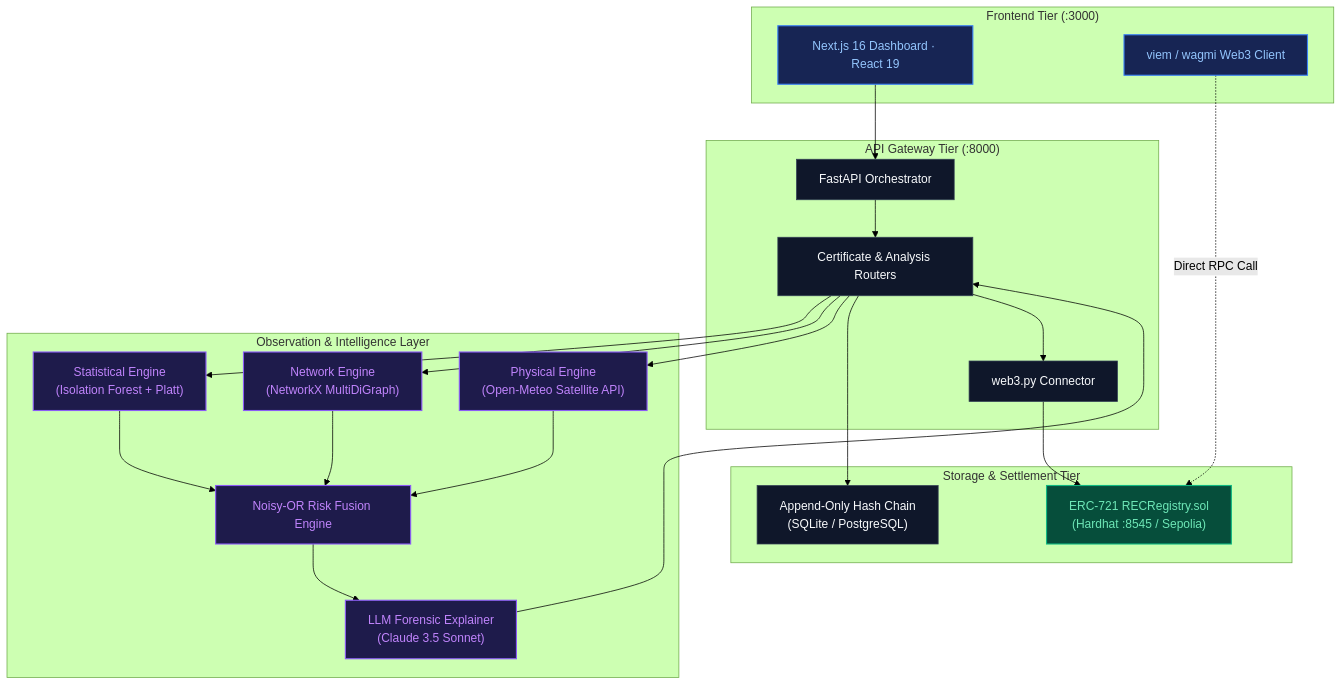
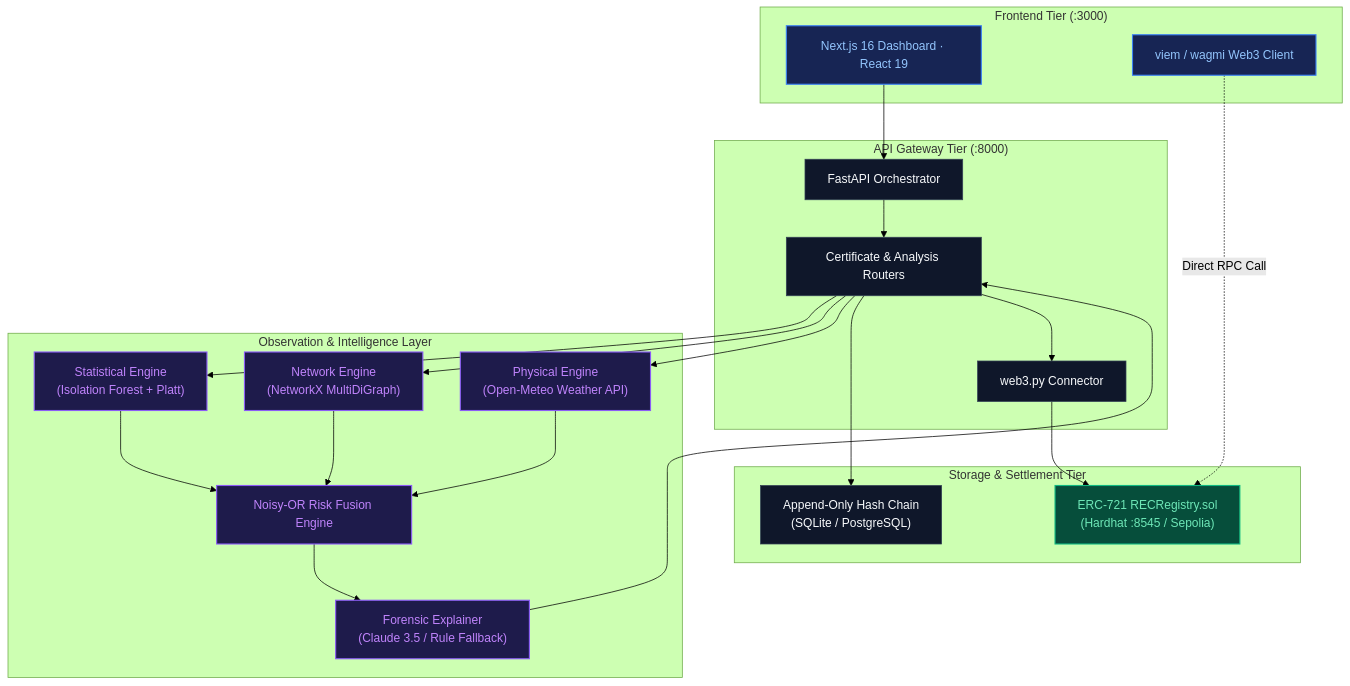
Before and after one commit to prathamkariya/RECON-REC-Observation-Network: the second of 2 diagrams in README.md, drawn with Mermaid (forest theme). The commit also changed other lines of this file and 14 other files, not shown here.

Commit message:
docs: add system architecture, workflow, and intelligence SVG assets alongside license and README updates

````diff
--- a/README.md
+++ b/README.md
@@ -265,46 +286,46 @@
 ```mermaid
 graph TB
     subgraph Client ["Frontend Tier (:3000)"]
         UI["Next.js 16 Dashboard · React 19"]
         Wagmi["viem / wagmi Web3 Client"]
     end
 
     subgraph Gateway ["API Gateway Tier (:8000)"]
         API["FastAPI Orchestrator"]
         Router["Certificate & Analysis Routers"]
         Web3Client["web3.py Connector"]
     end
 
     subgraph Intelligence ["Observation & Intelligence Layer"]
         ML["Statistical Engine<br/>(Isolation Forest + Platt)"]
         Graph["Network Engine<br/>(NetworkX MultiDiGraph)"]
-        Weather["Physical Engine<br/>(Open-Meteo Satellite API)"]
+        Weather["Physical Engine<br/>(Open-Meteo Weather API)"]
         Fusion["Noisy-OR Risk Fusion Engine"]
-        Explain["LLM Forensic Explainer<br/>(Claude 3.5 Sonnet)"]
+        Explain["Forensic Explainer<br/>(Claude 3.5 / Rule Fallback)"]
     end
 
     subgraph Persistence ["Storage & Settlement Tier"]
         Ledger["Append-Only Hash Chain<br/>(SQLite / PostgreSQL)"]
         EVM["ERC-721 RECRegistry.sol<br/>(Hardhat :8545 / Sepolia)"]
     end
 
     UI --> API
     Wagmi -.->|"Direct RPC Call"| EVM
     API --> Router
     Router --> ML & Graph & Weather
     ML & Graph & Weather --> Fusion
     Fusion --> Explain
     Explain --> Router
     Router --> Ledger
     Router --> Web3Client
     Web3Client --> EVM
 
     classDef default fill:#0f172a,stroke:#334155,stroke-width:1px,color:#f8fafc;
     classDef client fill:#172554,stroke:#3b82f6,stroke-width:1.5px,color:#93c5fd;
     classDef engine fill:#1e1b4b,stroke:#8b5cf6,stroke-width:1.5px,color:#c084fc;
     classDef chain fill:#064e3b,stroke:#10b981,stroke-width:1.5px,color:#6ee7b7;
 
     class UI,Wagmi client;
     class ML,Graph,Weather,Fusion,Explain engine;
     class EVM chain;
 ```
````
